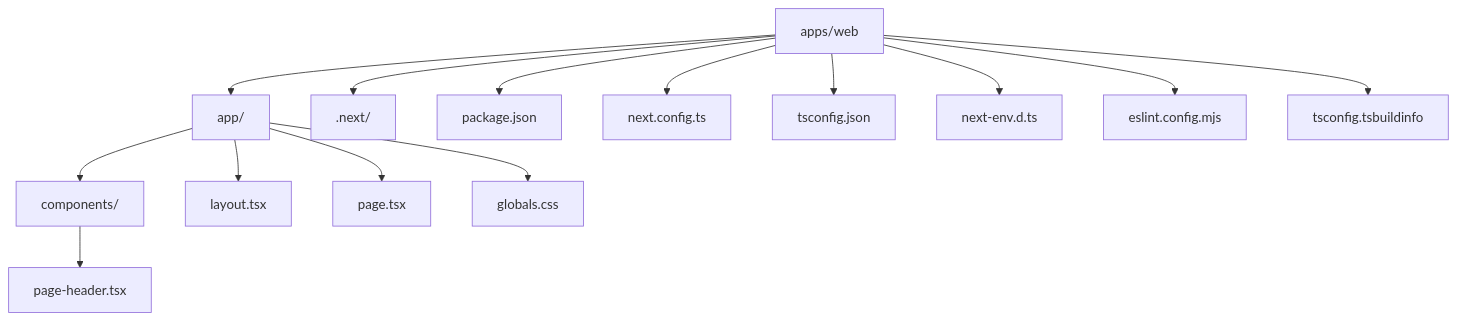
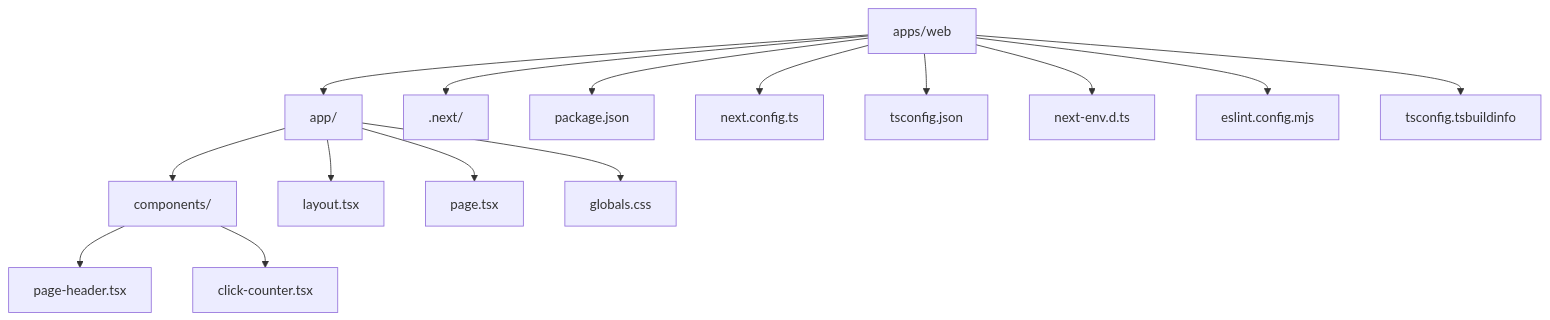
One commit to matthewlovestocode/designated changed the diagram in docs/web/files.md. Above: the diagram before and after it, drawn with Mermaid. The commit also changed other lines of this file and 3 other files, not shown here.

````diff
--- a/docs/web/files.md
+++ b/docs/web/files.md
@@ -11,16 +11,17 @@
 ```mermaid
 flowchart TD
     A["apps/web"] --> B["app/"]
     A --> C[".next/"]
     A --> D["package.json"]
     A --> E["next.config.ts"]
     A --> F["tsconfig.json"]
     A --> G["next-env.d.ts"]
     A --> H["eslint.config.mjs"]
     A --> I["tsconfig.tsbuildinfo"]
     B --> J["components/"]
     B --> K["layout.tsx"]
     B --> L["page.tsx"]
     B --> M["globals.css"]
     J --> N["page-header.tsx"]
+    J --> O["click-counter.tsx"]
 ```
````
